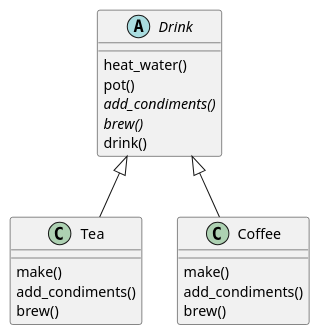
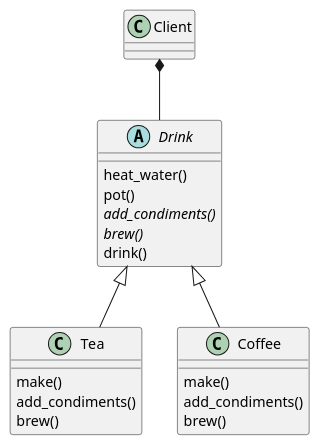
One commit to ustcxmwu/Study changed the diagram in dp/behavior/template.puml. Above: the diagram before and after it, drawn with PlantUML. The commit also changed 12 other files, not shown here.

```diff
--- a/dp/behavior/template.puml
+++ b/dp/behavior/template.puml
@@ -1,26 +1,29 @@
 @startuml
 
 abstract class Drink {
     heat_water()
     pot()
     {abstract} add_condiments()
     {abstract} brew()
     drink()
 }
 
 class Tea {
     make()
     add_condiments()
     brew()
 }
 
 class Coffee {
     make()
     add_condiments()
     brew()
 }
 
 Drink <|-- Tea
 Drink <|-- Coffee
 
+class Client
+Client *-- Drink
+
 @enduml
```
